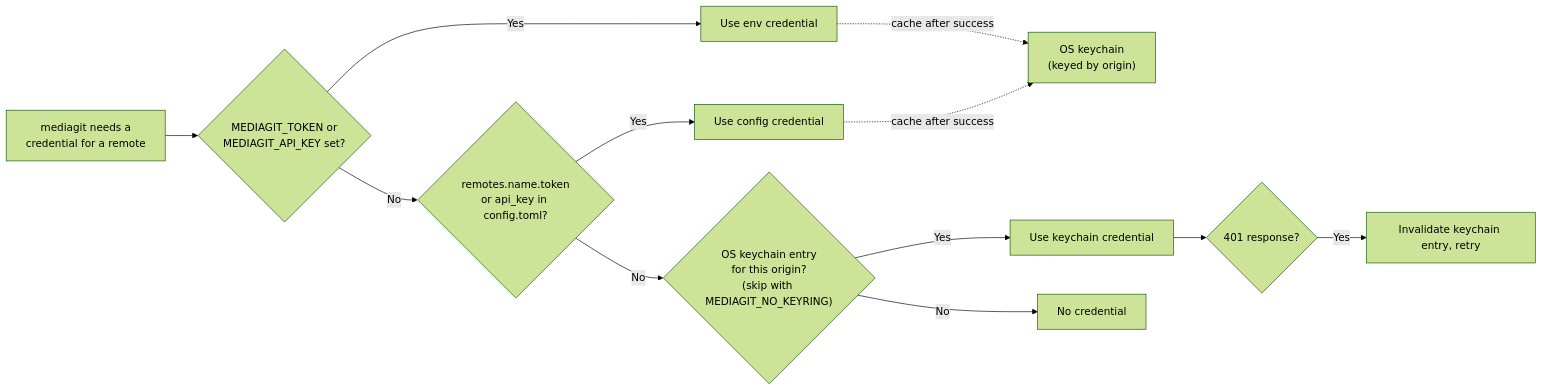
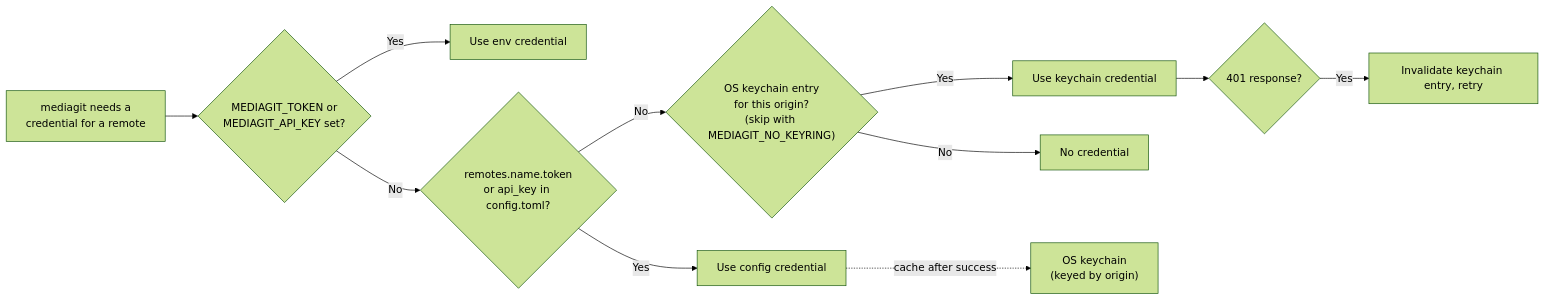
Before and after one commit to winnyboy5/mediagit-core: the diagram in CONFIGURATION.md, drawn with Mermaid (forest theme). The commit also changed other lines of this file and 18 other files, not shown here.

````diff
--- a/CONFIGURATION.md
+++ b/CONFIGURATION.md
@@ -323,14 +327,13 @@
 ```mermaid
 flowchart LR
     A["mediagit needs a<br/>credential for a remote"] --> B{"MEDIAGIT_TOKEN or<br/>MEDIAGIT_API_KEY set?"}
     B -->|"Yes"| C["Use env credential"]
     B -->|"No"| D{"remotes.name.token<br/>or api_key in config.toml?"}
     D -->|"Yes"| E["Use config credential"]
     D -->|"No"| F{"OS keychain entry<br/>for this origin?<br/>(skip with MEDIAGIT_NO_KEYRING)"}
     F -->|"Yes"| G["Use keychain credential"]
     F -->|"No"| H["No credential"]
-    C -.->|"cache after success"| KC["OS keychain<br/>(keyed by origin)"]
-    E -.->|"cache after success"| KC
+    E -.->|"cache after success"| KC["OS keychain<br/>(keyed by origin)"]
     G --> I{"401 response?"}
     I -->|"Yes"| J["Invalidate keychain entry, retry"]
 ```
````
